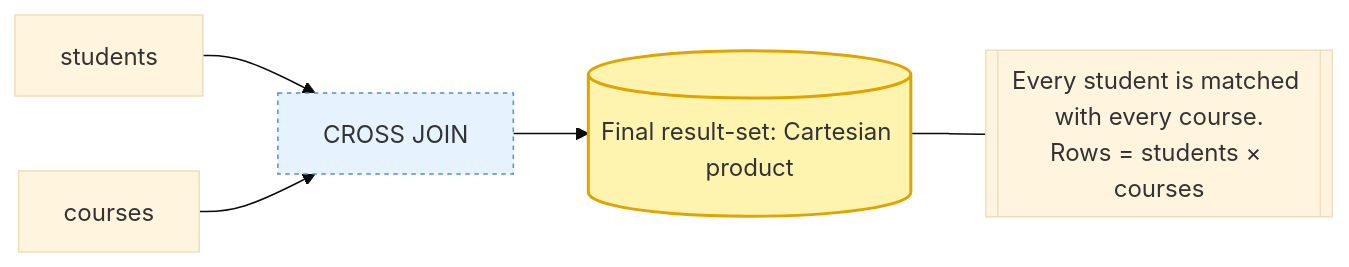
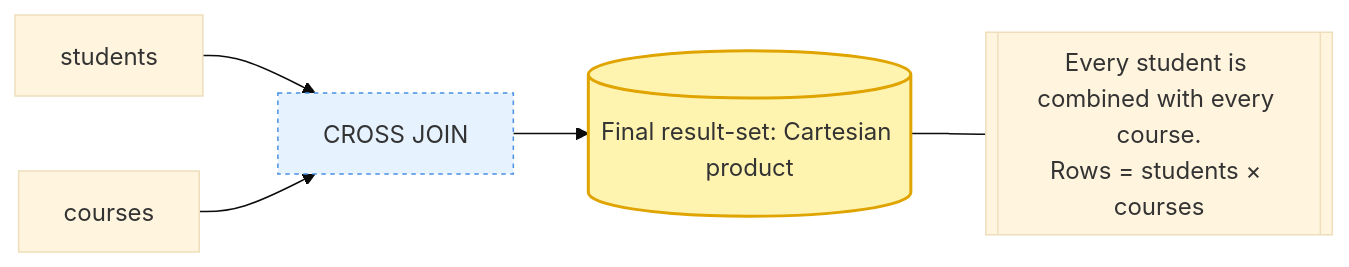
Before and after one commit to hogeschool/Data-Technologies-public: the fifth of 6 diagrams in Workshops/Workshop 1 - Basic SQL/3 - Joins.md, drawn with Mermaid (base theme). The commit also changed other lines of this file, not shown here.

Commit message:
Clarify how to read the join diagrams

````diff
--- a/Workshops/Workshop 1 - Basic SQL/3 - Joins.md
+++ b/Workshops/Workshop 1 - Basic SQL/3 - Joins.md
@@ -349,16 +349,16 @@
 ```mermaid
 flowchart LR
     S[students] --> J[CROSS JOIN]
     C[courses] --> J
     J --> Result[(Final result-set: Cartesian product)]
 
     %% Style result set
     style Result fill:#fff3b0,stroke:#e0a400,stroke-width:2px
 
     %% Style join node
     style J fill:#e6f3ff,stroke:#4a90e2,stroke-width:1px,stroke-dasharray: 3 3
 
     %% Note
-    noteN[["Every student is matched with every course.<br/>Rows = students × courses"]]
+    noteN[["Every student is combined with every course.<br/>Rows = students × courses"]]
     Result --- noteN
 ```
````
